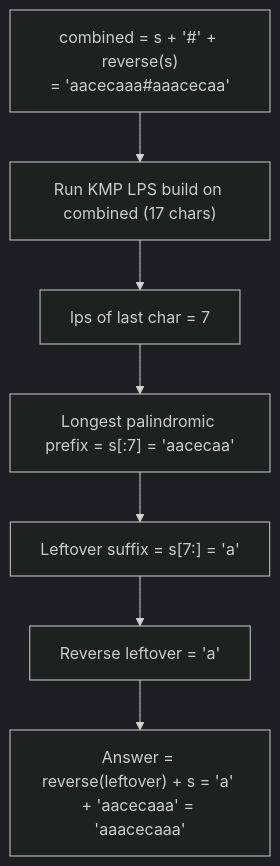
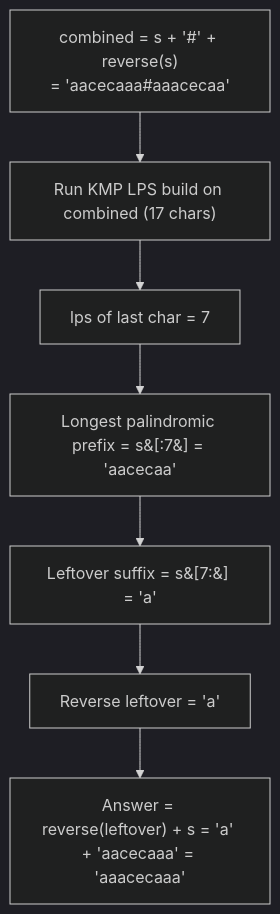
Before and after one commit to Aryan-Jadon18/dsa-placement-prep: the diagram in topics/19-strings-pattern-matching/05-shortest-palindrome/README.md, drawn with Mermaid (dark theme). The commit also changed 52 other files, not shown here.

First line of the commit message:
Fix Mermaid diagrams not rendering on GitHub

````diff
--- a/topics/19-strings-pattern-matching/05-shortest-palindrome/README.md
+++ b/topics/19-strings-pattern-matching/05-shortest-palindrome/README.md
@@ -53,9 +53,9 @@
 ```mermaid
 flowchart TD
     A["combined = s + '#' + reverse(s)<br/>= 'aacecaaa#aaacecaa'"] --> B["Run KMP LPS build on combined (17 chars)"]
     B --> C["lps of last char = 7"]
-    C --> D["Longest palindromic prefix = s[:7] = 'aacecaa'"]
-    D --> E["Leftover suffix = s[7:] = 'a'"]
+    C --> D["Longest palindromic prefix = s&#91;:7&#93; = 'aacecaa'"]
+    D --> E["Leftover suffix = s&#91;7:&#93; = 'a'"]
     E --> F["Reverse leftover = 'a'"]
     F --> G["Answer = reverse(leftover) + s = 'a' + 'aacecaaa' = 'aaacecaaa'"]
 ```
````
